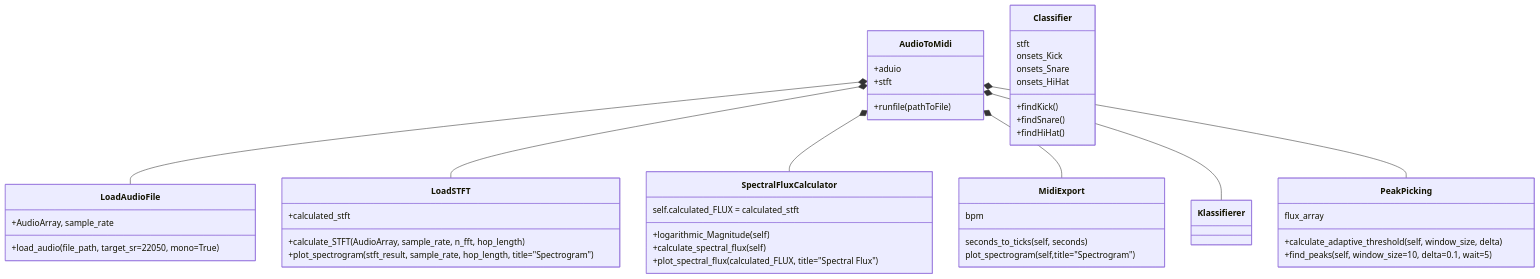
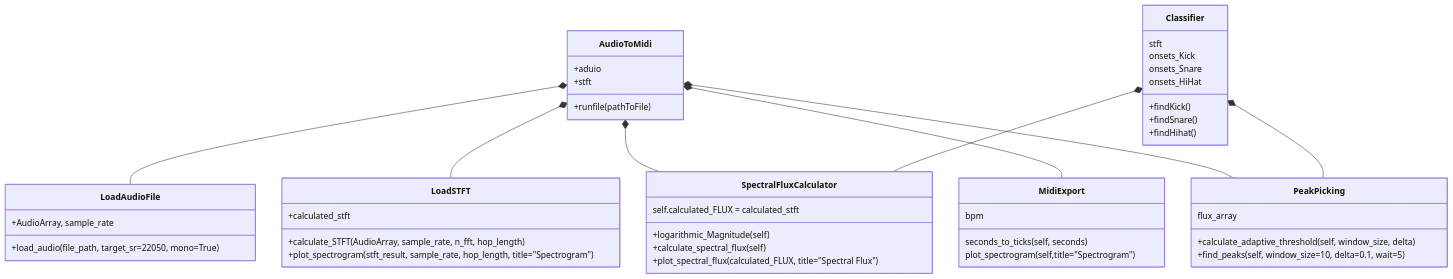
One commit to petwie/Audio-to-MIDI changed the diagram in ClassDiagramm/Classes.mmd. Above: the diagram before and after it, drawn with Mermaid. The commit also changed 1 other file, not shown here.

```diff
--- a/ClassDiagramm/Classes.mmd
+++ b/ClassDiagramm/Classes.mmd
@@ -1,64 +1,65 @@
 classDiagram
 
 direction TB
     class LoadAudioFile{
 
         +AudioArray, sample_rate
         +load_audio(file_path, target_sr=22050, mono=True)
         
     }
 
     class SpectralFluxCalculator{
 
         self.calculated_FLUX = calculated_stft
         
         +logarithmic_Magnitude(self)
         +calculate_spectral_flux(self)
         +plot_spectral_flux(calculated_FLUX, title="Spectral Flux")
 
     }
 
     class PeakPicking{
         flux_array
 
         +calculate_adaptive_threshold(self, window_size, delta)
         +find_peaks(self, window_size=10, delta=0.1, wait=5)
 
     }
 
     class AudioToMidi{
         +aduio
         +stft
         +runfile(pathToFile)
     }
 
     class MidiExport{
         bpm
         seconds_to_ticks(self, seconds)
         plot_spectrogram(self,title="Spectrogram")
 
     }
 
     class Classifier{
         stft
         onsets_Kick
         onsets_Snare
         onsets_HiHat
 
         +findKick()
         +findSnare()
-        +findHiHat()
+        +findHihat()
     }
 
     class  LoadSTFT{
         +calculated_stft
         +calculate_STFT(AudioArray, sample_rate, n_fft, hop_length)
         +plot_spectrogram(stft_result, sample_rate, hop_length, title="Spectrogram")
     }
 
     AudioToMidi *-- LoadAudioFile
     AudioToMidi *-- LoadSTFT
     AudioToMidi *-- SpectralFluxCalculator
     AudioToMidi *-- MidiExport
-    AudioToMidi *-- Klassifierer
     AudioToMidi *-- PeakPicking
+    Classifier *-- SpectralFluxCalculator
+    Classifier *-- PeakPicking
```
